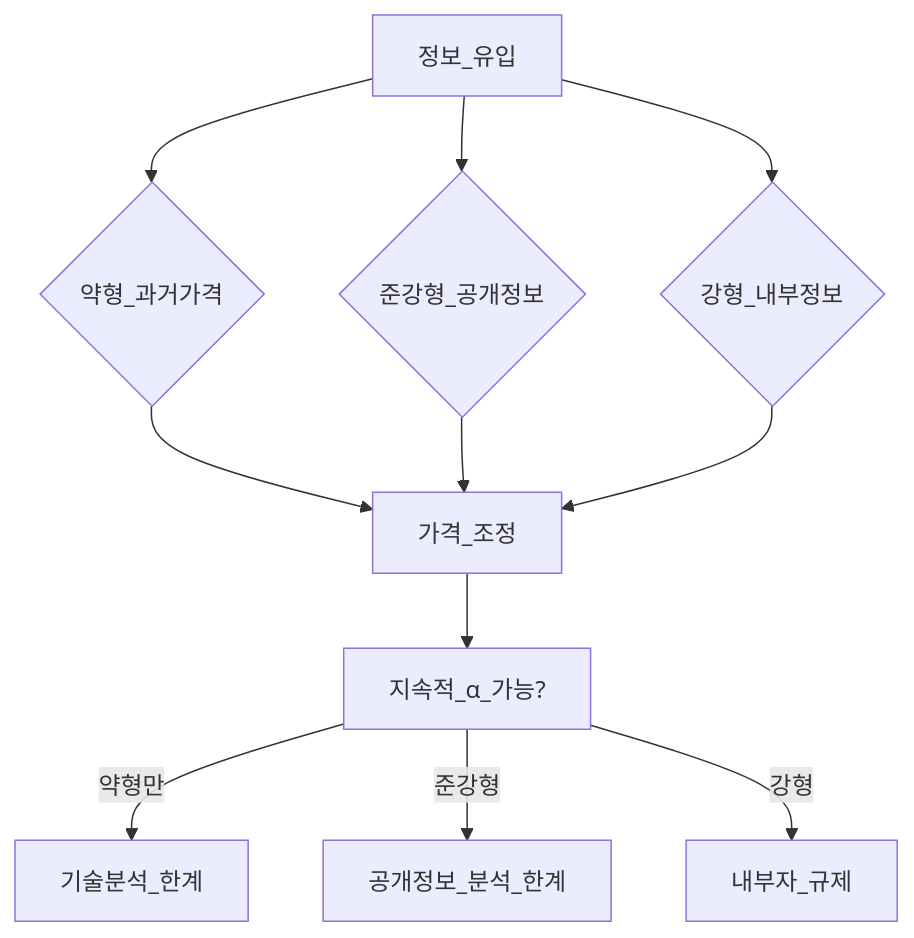
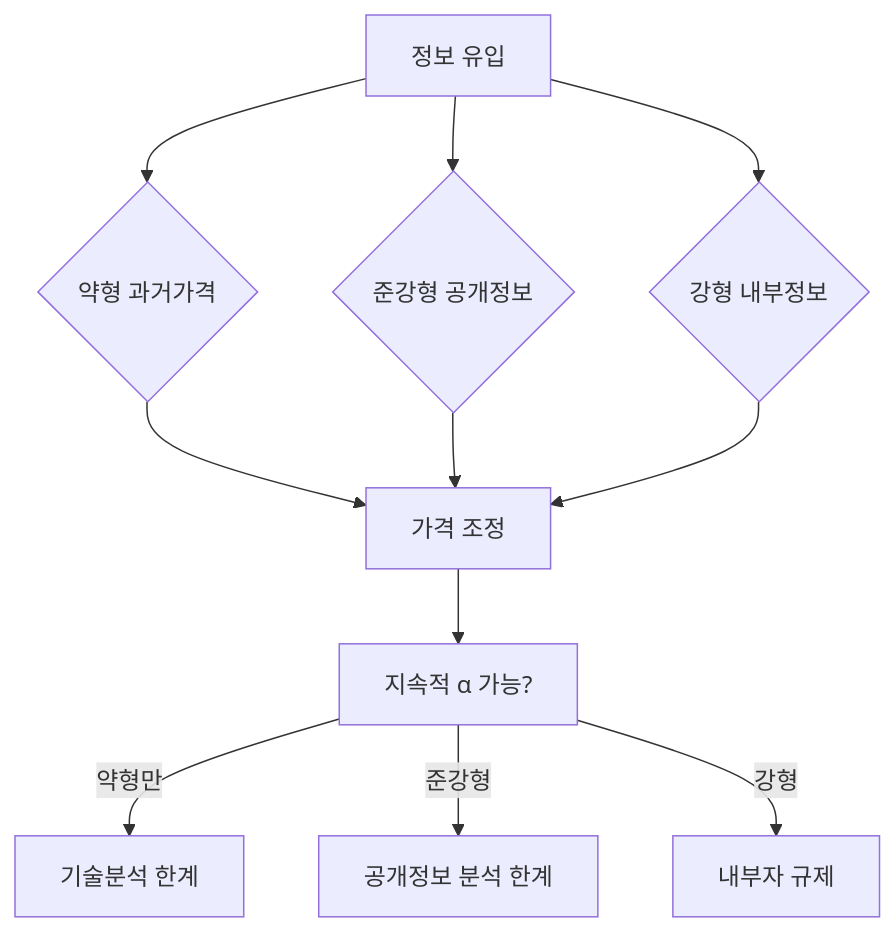
The first of 2 diagrams in 08-advanced/market-efficiency-emh.md (goldanghenry/Finances), drawn with Mermaid before and after one commit. The commit also changed other lines of this file and 211 other files, not shown here.

````diff
--- a/08-advanced/market-efficiency-emh.md
+++ b/08-advanced/market-efficiency-emh.md
@@ -110,13 +122,13 @@
 ```mermaid
 flowchart TD
-  Info[정보_유입] --> Weak{약형_과거가격}
-  Info --> Semi{준강형_공개정보}
-  Info --> Strong{강형_내부정보}
-  Weak --> Price[가격_조정]
+  Info["정보 유입"] --> Weak{"약형 과거가격"}
+  Info --> Semi{"준강형 공개정보"}
+  Info --> Strong{"강형 내부정보"}
+  Weak --> Price["가격 조정"]
   Semi --> Price
   Strong --> Price
-  Price --> Alpha[지속적_α_가능?]
-  Alpha -->|약형만| Tech[기술분석_한계]
-  Alpha -->|준강형| Fund[공개정보_분석_한계]
-  Alpha -->|강형| Inside[내부자_규제]
+  Price --> Alpha["지속적 α 가능?"]
+  Alpha -->|약형만| Tech["기술분석 한계"]
+  Alpha -->|준강형| Fund["공개정보 분석 한계"]
+  Alpha -->|강형| Inside["내부자 규제"]
 ```
````
